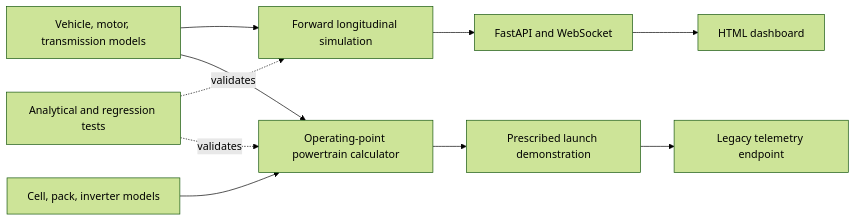
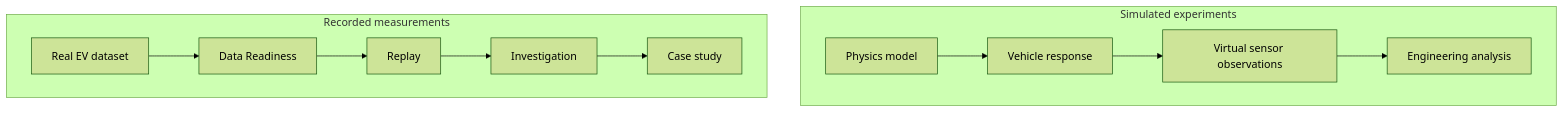
The diagram in README.md (AsherFerdinand/VEUS-ev-testbench), drawn with Mermaid (forest theme) before and after one commit. The commit also changed other lines of this file and 11 other files, not shown here.

````diff
--- a/README.md
+++ b/README.md
@@ -215,12 +86,16 @@
 ```mermaid
-flowchart LR
-    M[Vehicle, motor, transmission models] --> F[Forward longitudinal simulation]
-    F --> A[FastAPI and WebSocket]
-    M --> O[Operating-point powertrain calculator]
-    B[Cell, pack, inverter models] --> O
-    O --> D[Prescribed launch demonstration]
-    D --> L[Legacy telemetry endpoint]
-    A --> W[HTML dashboard]
-    T[Analytical and regression tests] -. validates .-> F
-    T -. validates .-> O
+flowchart TB
+    subgraph S[Simulated experiments]
+        direction LR
+        M[Physics model] --> V[Vehicle response]
+        V --> O[Virtual sensor observations]
+        O --> A[Engineering analysis]
+    end
+    subgraph R[Recorded measurements]
+        direction LR
+        D[Real EV dataset] --> Q[Data Readiness]
+        Q --> P[Replay]
+        P --> I[Investigation]
+        I --> C[Case study]
+    end
 ```
````
